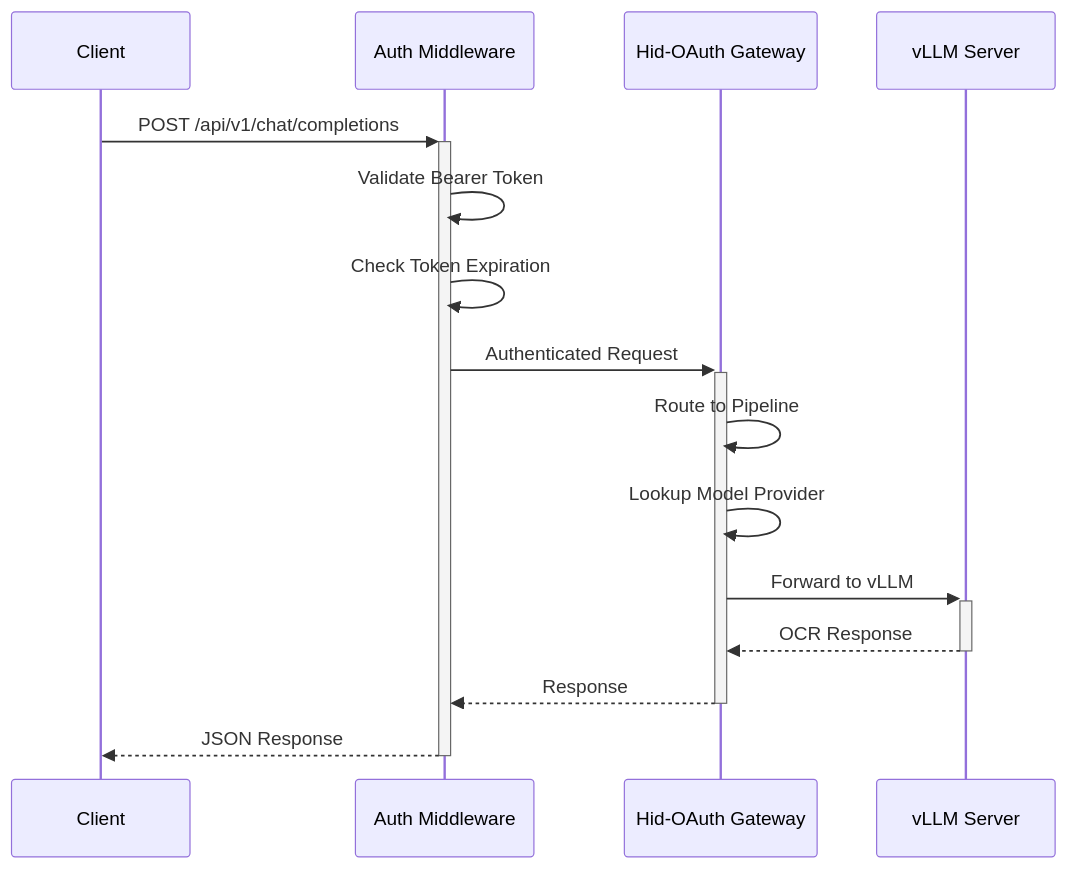
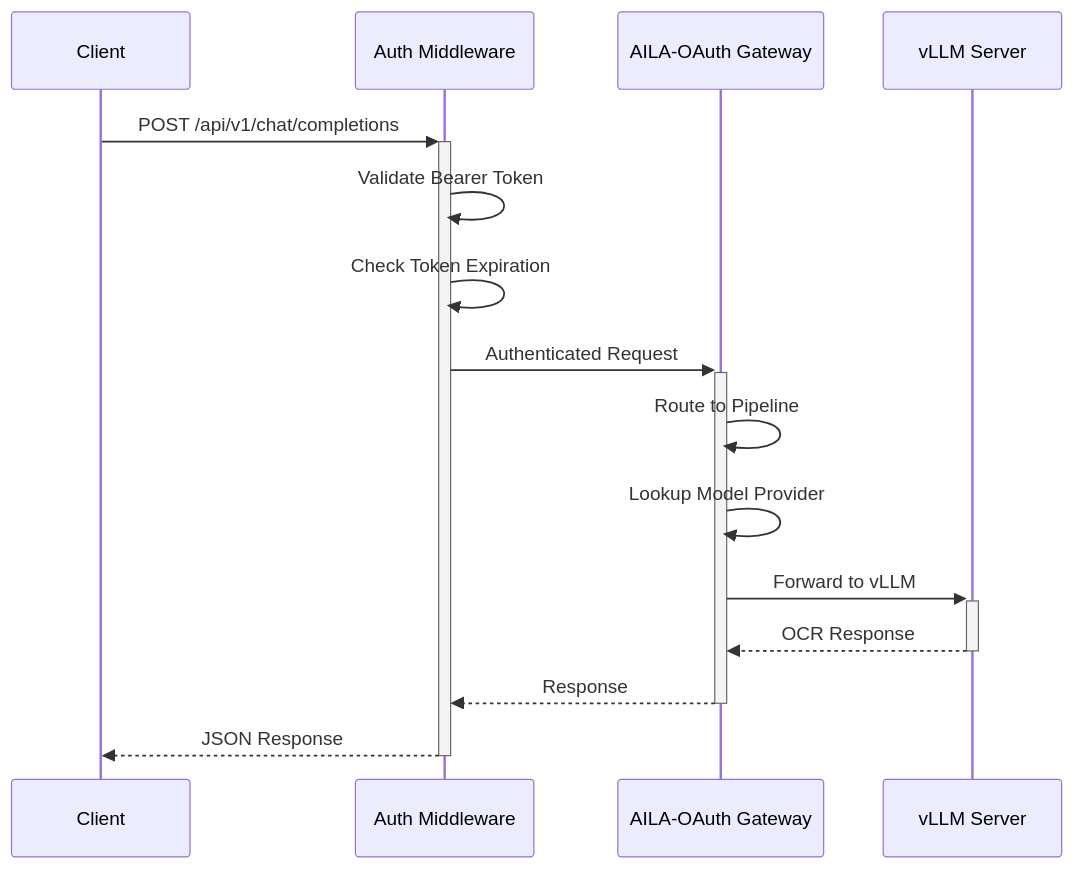
Before and after one commit to Yoiness-Brag/aila-gatway-vllm: the fourth of 4 diagrams in docs/Guide.md, drawn with Mermaid. The commit also changed other lines of this file and 23 other files, not shown here.

First line of the commit message:
refactor: Rename all HID/hid references to AILA/aila across entire codebase

````diff
--- a/docs/Guide.md
+++ b/docs/Guide.md
@@ -214,18 +214,18 @@
 ```mermaid
 sequenceDiagram
     participant Client
     participant Auth as Auth Middleware
-    participant Gateway as Hid-OAuth Gateway
+    participant Gateway as AILA-OAuth Gateway
     participant vLLM as vLLM Server
 
     Client->>+Auth: POST /api/v1/chat/completions
     Auth->>Auth: Validate Bearer Token
     Auth->>Auth: Check Token Expiration
     Auth->>+Gateway: Authenticated Request
     Gateway->>Gateway: Route to Pipeline
     Gateway->>Gateway: Lookup Model Provider
     Gateway->>+vLLM: Forward to vLLM
     vLLM-->>-Gateway: OCR Response
     Gateway-->>-Auth: Response
     Auth-->>-Client: JSON Response
 ```
````
